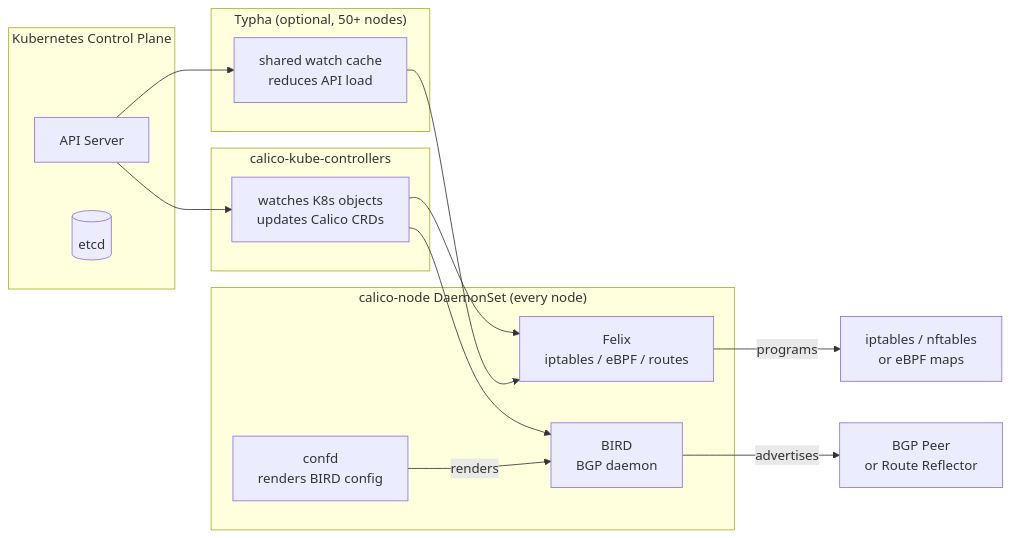
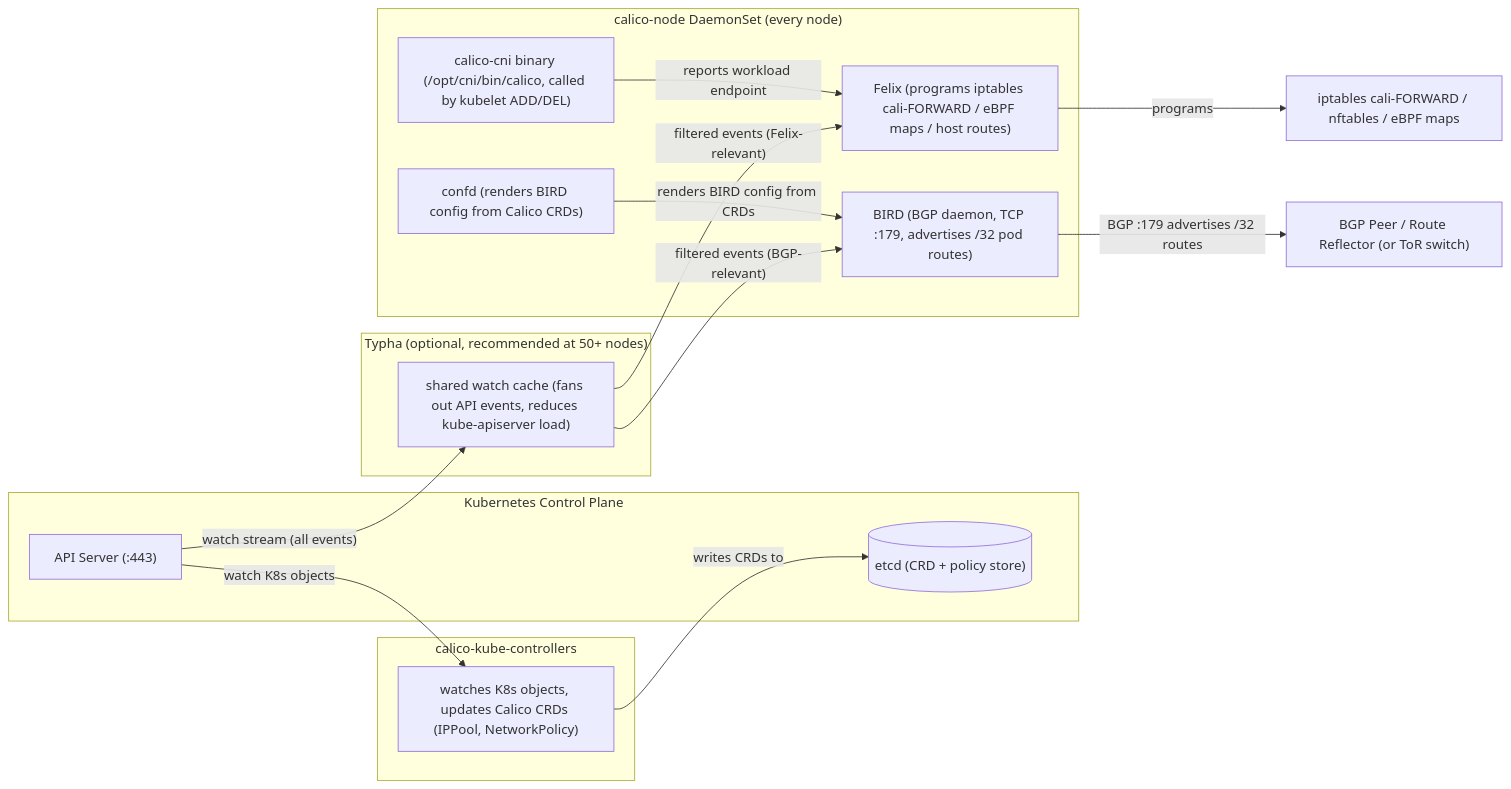
One commit to MykolaLebid/Kubernetes_networking_engineering changed the first of 2 diagrams in lessons/11-calico-cni-deep-dive.md. Above: the diagram before and after it, drawn with Mermaid. The commit also changed other lines of this file and 35 other files, not shown here.

First line of the commit message:
Restructure all 34 lessons: Theory/Practice split, richer diagrams, industry examples, navigation

````diff
--- a/lessons/11-calico-cni-deep-dive.md
+++ b/lessons/11-calico-cni-deep-dive.md
@@ -29,26 +16,28 @@
 ```mermaid
 flowchart LR
     subgraph Control["Kubernetes Control Plane"]
-        API[API Server]
-        etcd[(etcd)]
+        API["API Server (:443)"]
+        etcd[("etcd (CRD + policy store)")]
     end
     subgraph KCC["calico-kube-controllers"]
-        KCC1[watches K8s objects\nupdates Calico CRDs]
+        KCC1["watches K8s objects, updates Calico CRDs (IPPool, NetworkPolicy)"]
     end
     subgraph Node["calico-node DaemonSet (every node)"]
-        Felix[Felix\niptables / eBPF / routes]
-        BIRD[BIRD\nBGP daemon]
-        confd[confd\nrenders BIRD config]
+        Felix["Felix (programs iptables cali-FORWARD / eBPF maps / host routes)"]
+        BIRD["BIRD (BGP daemon, TCP :179, advertises /32 pod routes)"]
+        confd["confd (renders BIRD config from Calico CRDs)"]
+        CNIBIN["calico-cni binary (/opt/cni/bin/calico, called by kubelet ADD/DEL)"]
     end
-    subgraph Typha["Typha (optional, 50+ nodes)"]
-        T1[shared watch cache\nreduces API load]
+    subgraph Typha["Typha (optional, recommended at 50+ nodes)"]
+        T1["shared watch cache (fans out API events, reduces kube-apiserver load)"]
     end
-    API --> KCC1
-    KCC1 --> Felix
-    KCC1 --> BIRD
-    API --> T1
-    T1 --> Felix
-    Felix -- programs --> iptables[iptables / nftables\nor eBPF maps]
-    BIRD -- advertises --> BGPPeer[BGP Peer\nor Route Reflector]
-    confd -- renders --> BIRD
+    API --"watch K8s objects"--> KCC1
+    KCC1 --"writes CRDs to"--> etcd
+    API --"watch stream (all events)"--> T1
+    T1 --"filtered events (Felix-relevant)"--> Felix
+    T1 --"filtered events (BGP-relevant)"--> BIRD
+    Felix --"programs"--> iptables["iptables cali-FORWARD / nftables / eBPF maps"]
+    BIRD --"BGP :179 advertises /32 routes"--> BGPPeer["BGP Peer / Route Reflector (or ToR switch)"]
+    confd --"renders BIRD config from CRDs"--> BIRD
+    CNIBIN --"reports workload endpoint"--> Felix
 ```
````
